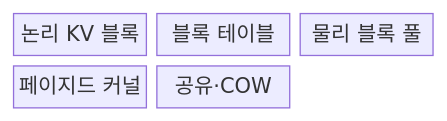
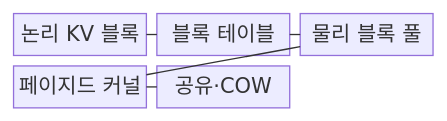
Before and after one commit to agnusdei1207/knowledge-base: the first of 2 diagrams in src/content/docs/notes/08-latest-tech/045_pagedattention.md, drawn with Mermaid. The commit also changed other lines of this file and 228 other files, not shown here.

````diff
--- a/src/content/docs/notes/08-latest-tech/045_pagedattention.md
+++ b/src/content/docs/notes/08-latest-tech/045_pagedattention.md
@@ -50,9 +50,13 @@
 ```mermaid
 block-beta
     columns 3
     L["논리 KV 블록"]
     T["블록 테이블"]
     P["물리 블록 풀"]
     K["페이지드 커널"]
     C["공유·COW"]
+    L --- T
+    T --- P
+    P --- K
+    K --- C
 ```
````
